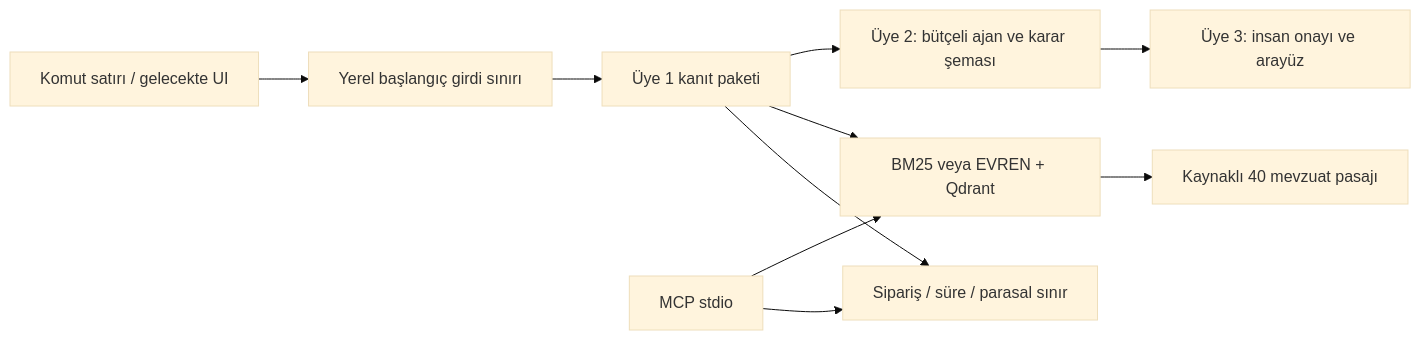
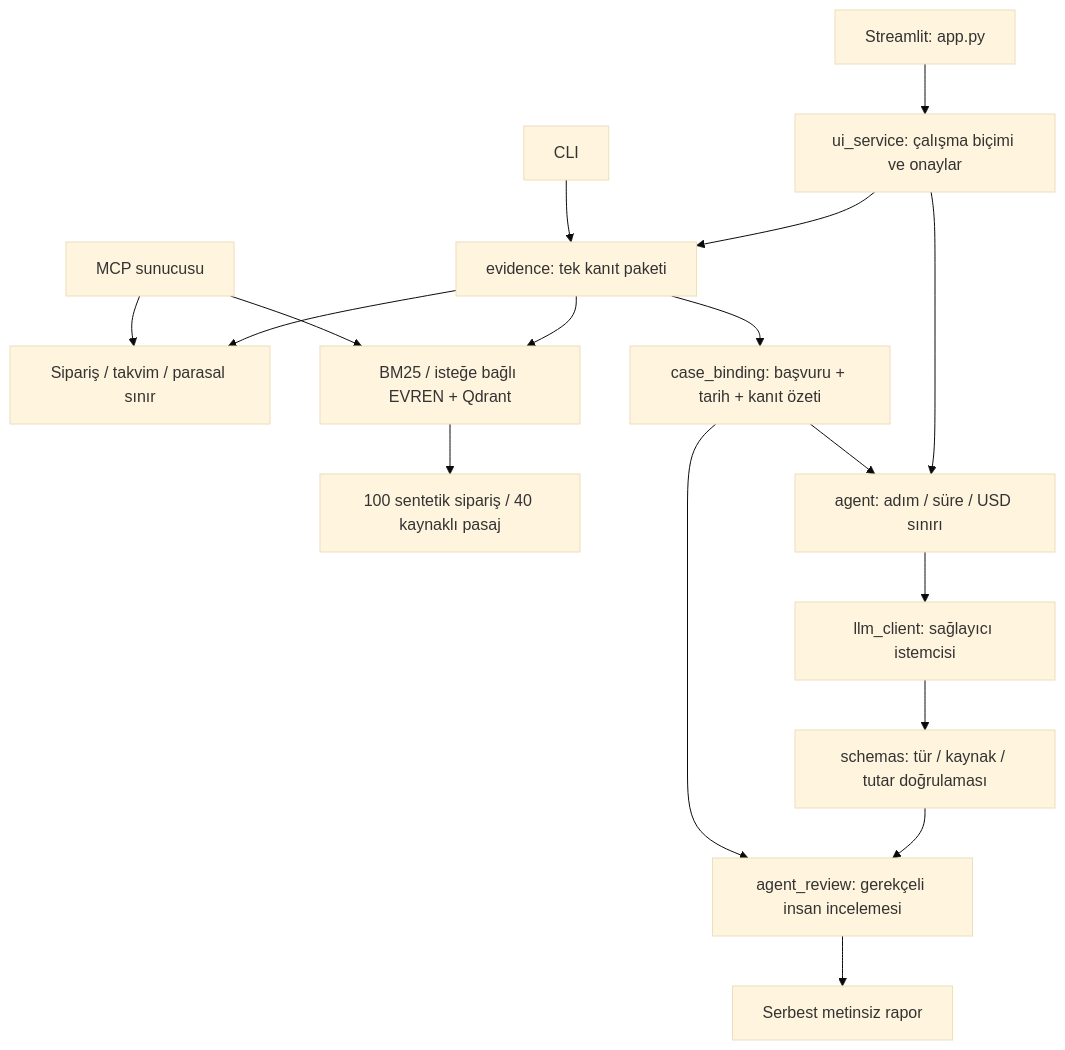
One commit to sektor-kampuste-git/iadepusula-kostu-230501013-230501017-230501016 changed the diagram in README.md. Above: the diagram before and after it, drawn with Mermaid (base theme). The commit also changed other lines of this file and 33 other files, not shown here.

````diff
--- a/README.md
+++ b/README.md
@@ -83,12 +83,19 @@
 ```mermaid
-flowchart LR
-    CLI[Komut satırı / gelecekte UI] --> Boundary[Yerel başlangıç girdi sınırı]
-    Boundary --> Evidence[Üye 1 kanıt paketi]
-    Evidence --> Tools[Sipariş / süre / parasal sınır]
-    Evidence --> RAG[BM25 veya EVREN + Qdrant]
-    RAG --> Corpus[Kaynaklı 40 mevzuat pasajı]
-    Evidence --> Agent[Üye 2: bütçeli ajan ve karar şeması]
-    Agent --> Human[Üye 3: insan onayı ve arayüz]
-    MCP[MCP stdio] --> Tools
+flowchart TD
+    UI[Streamlit: app.py] --> Service[ui_service: çalışma biçimi ve onaylar]
+    Service --> Evidence[evidence: tek kanıt paketi]
+    Evidence --> Tools[Sipariş / takvim / parasal sınır]
+    Evidence --> RAG[BM25 / isteğe bağlı EVREN + Qdrant]
+    RAG --> Data[100 sentetik sipariş / 40 kaynaklı pasaj]
+    Evidence --> Binding[case_binding: başvuru + tarih + kanıt özeti]
+    Service --> Agent[agent: adım / süre / USD sınırı]
+    Binding --> Agent
+    Agent --> Client[llm_client: sağlayıcı istemcisi]
+    Client --> Schema[schemas: tür / kaynak / tutar doğrulaması]
+    Schema --> Review[agent_review: gerekçeli insan incelemesi]
+    Binding --> Review
+    Review --> Report[Serbest metinsiz rapor]
+    CLI[CLI] --> Evidence
+    MCP[MCP sunucusu] --> Tools
     MCP --> RAG
 ```
````
